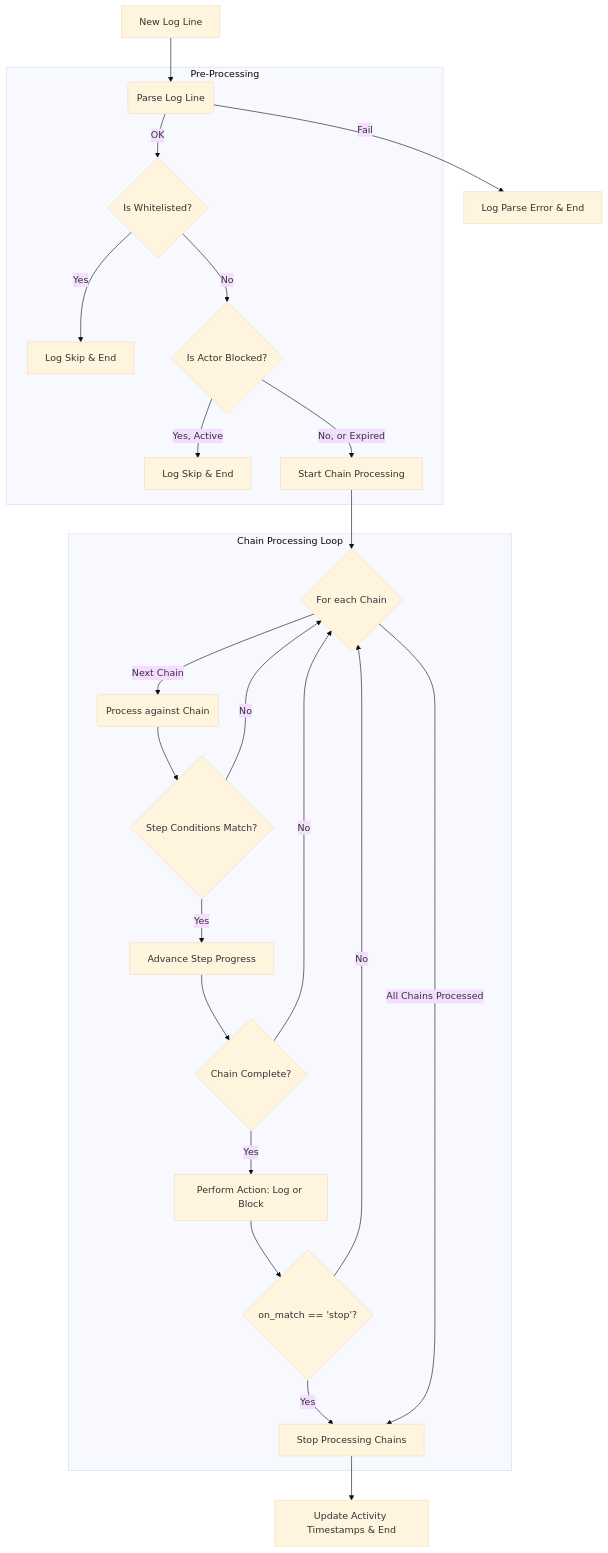
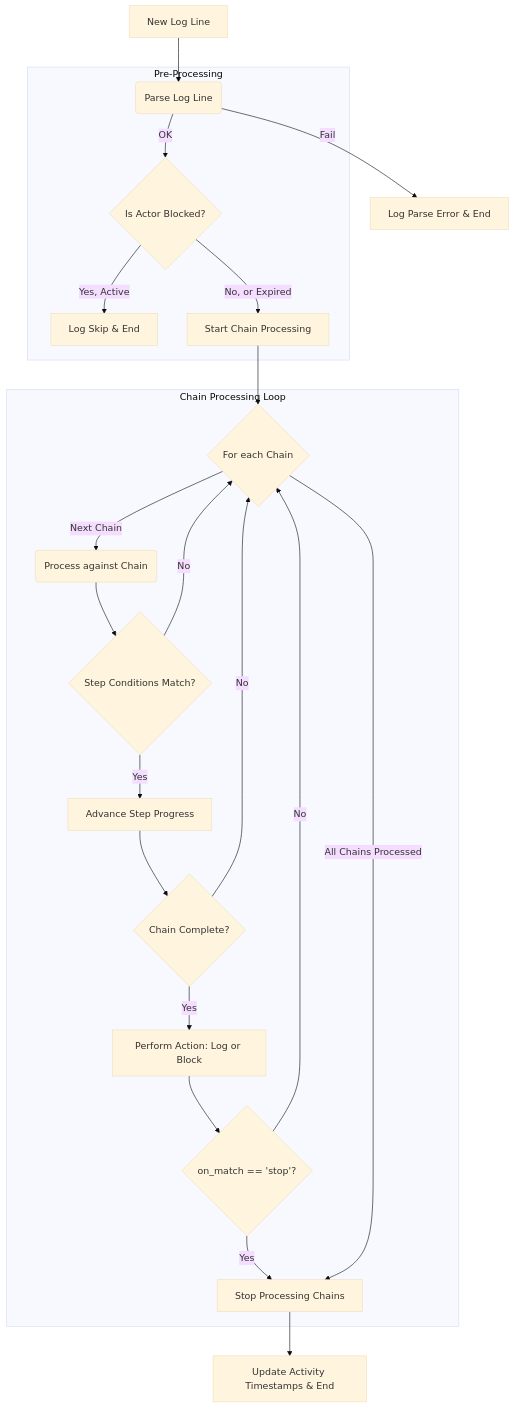
The diagram in README.md (metabrainz/bot-detector), drawn with Mermaid (base theme) before and after one commit. The commit also changed 9 other files, not shown here.

````diff
--- a/README.md
+++ b/README.md
@@ -395,31 +395,29 @@
 ```mermaid
 graph TD;
     A[New Log Line] --> B(Parse Log Line);
 
     subgraph Pre-Processing
-        B -- OK --> C{Is Whitelisted?};
-        C -- Yes --> D[Log Skip & End];
-        C -- No --> E{Is Actor Blocked?};
+        B -- OK --> E{Is Actor Blocked?};
         E -- Yes, Active --> F[Log Skip & End];
         E -- No, or Expired --> G[Start Chain Processing];
     end
 
     B -- Fail --> H[Log Parse Error & End];
 
     subgraph Chain Processing Loop
         G --> Loop{For each Chain};
         Loop -- Next Chain --> I(Process against Chain);
         I --> J{Step Conditions Match?};
         J -- No --> Loop;
         J -- Yes --> K[Advance Step Progress];
         K --> L{Chain Complete?};
         L -- No --> Loop;
         L -- Yes --> M[Perform Action: Log or Block];
         M --> N{on_match == 'stop'?};
         N -- Yes --> EndLoop[Stop Processing Chains];
         N -- No --> Loop;
     end
 
     Loop -- All Chains Processed --> EndLoop;
     EndLoop --> Z[Update Activity Timestamps & End];
 ```
````
